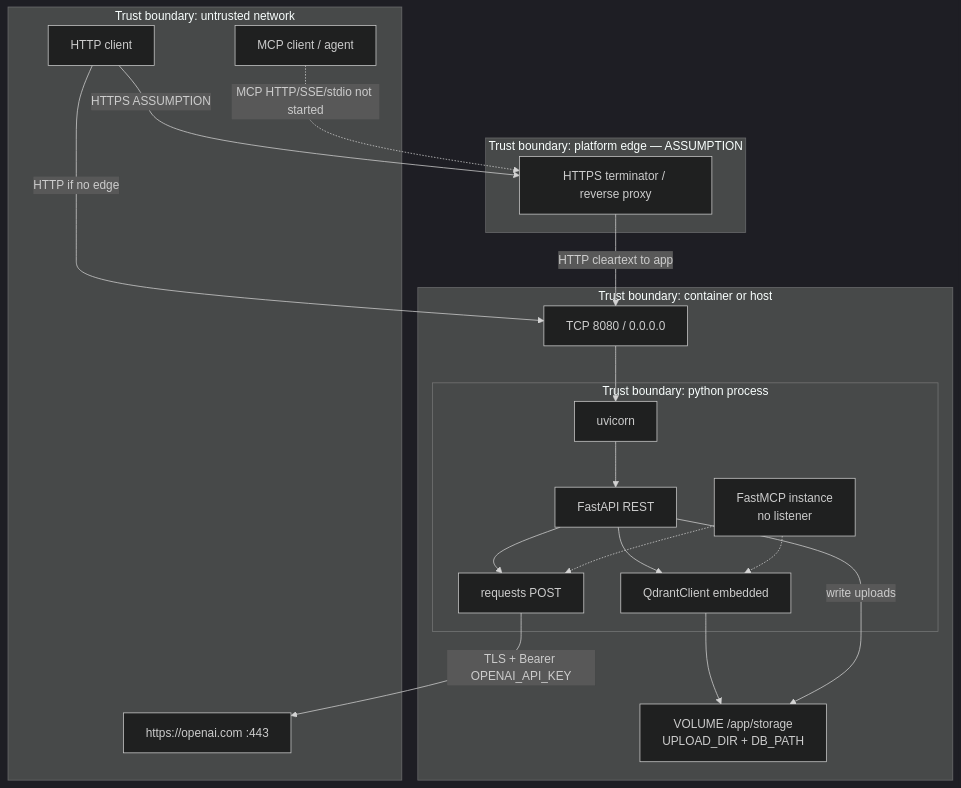
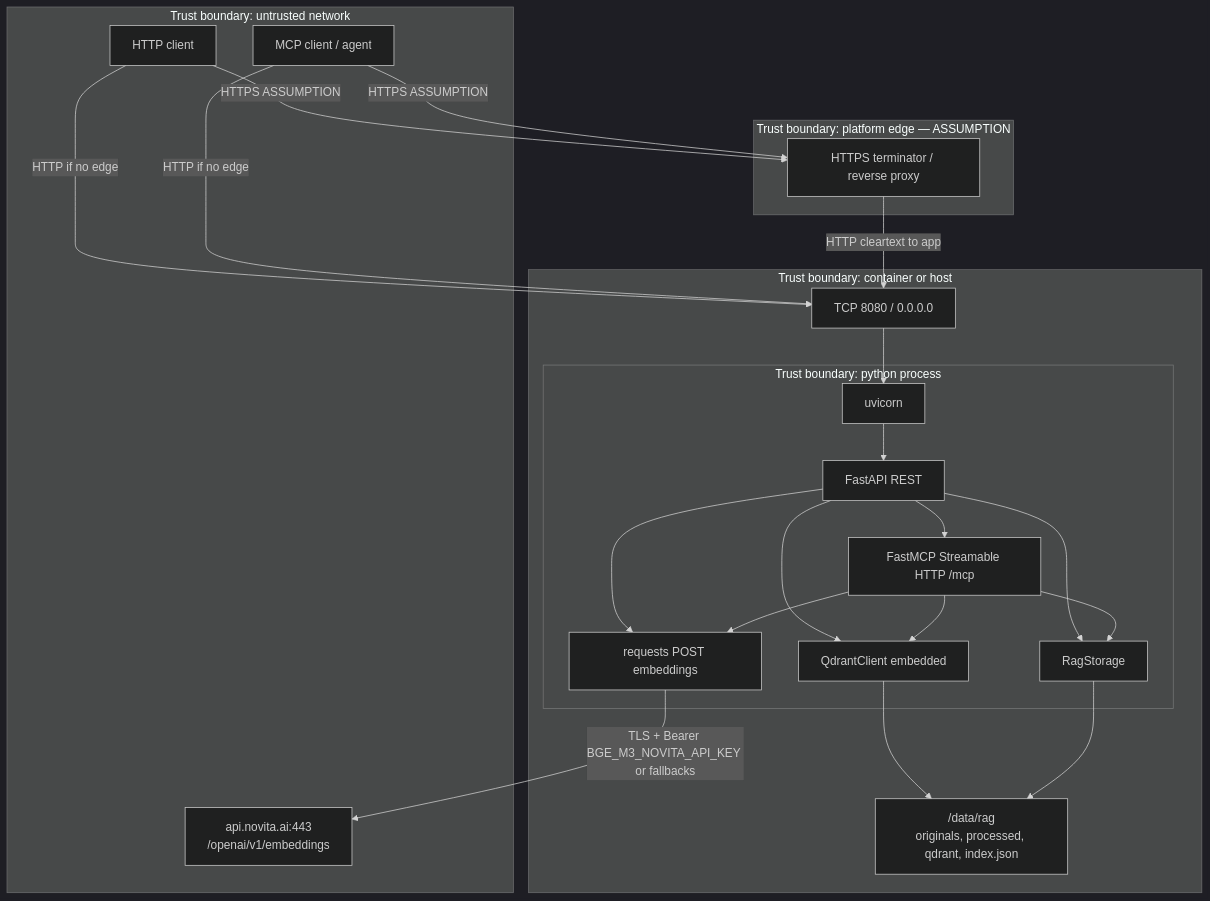
Before and after one commit to mkrejp/fastmcp-rag-timer: the first of 3 diagrams in docs/CONNECTIVITY.md, drawn with Mermaid (dark theme). The commit also changed other lines of this file and 7 other files, not shown here.

First line of the commit message:
Rewrite architecture docs to match the current Novita RAG stack.

````diff
--- a/docs/CONNECTIVITY.md
+++ b/docs/CONNECTIVITY.md
@@ -11,37 +11,42 @@
 ```mermaid
 flowchart TB
   subgraph internet["Trust boundary: untrusted network"]
     httpClient["HTTP client"]
     mcpClient["MCP client / agent"]
-    openai["https://openai.com :443"]
+    novita["api.novita.ai:443<br/>/openai/v1/embeddings"]
   end
 
   subgraph edge["Trust boundary: platform edge — ASSUMPTION"]
     tls["HTTPS terminator / reverse proxy"]
   end
 
   subgraph host["Trust boundary: container or host"]
     port["TCP 8080 / 0.0.0.0"]
     subgraph process["Trust boundary: python process"]
       uvicorn["uvicorn"]
       fastapi["FastAPI REST"]
-      mcp["FastMCP instance<br/>no listener"]
-      embed["requests POST"]
+      mcp["FastMCP Streamable HTTP /mcp"]
+      embed["requests POST embeddings"]
       qdrant["QdrantClient embedded"]
+      storage["RagStorage"]
     end
-    vol["VOLUME /app/storage<br/>UPLOAD_DIR + DB_PATH"]
+    vol["/data/rag<br/>originals, processed, qdrant, index.json"]
   end
 
   httpClient -->|"HTTPS ASSUMPTION"| tls
-  mcpClient -.->|"MCP HTTP/SSE/stdio not started"| tls
+  mcpClient -->|"HTTPS ASSUMPTION"| tls
   tls -->|"HTTP cleartext to app"| port
   httpClient -->|"HTTP if no edge"| port
+  mcpClient -->|"HTTP if no edge"| port
   port --> uvicorn --> fastapi
+  fastapi --> mcp
   fastapi --> embed
-  mcp -.-> embed
+  mcp --> embed
   fastapi --> qdrant
-  mcp -.-> qdrant
+  mcp --> qdrant
+  fastapi --> storage
+  mcp --> storage
   qdrant --> vol
-  fastapi -->|"write uploads"| vol
-  embed -->|"TLS + Bearer OPENAI_API_KEY"| openai
+  storage --> vol
+  embed -->|"TLS + Bearer BGE_M3_NOVITA_API_KEY or fallbacks"| novita
 ```
````
